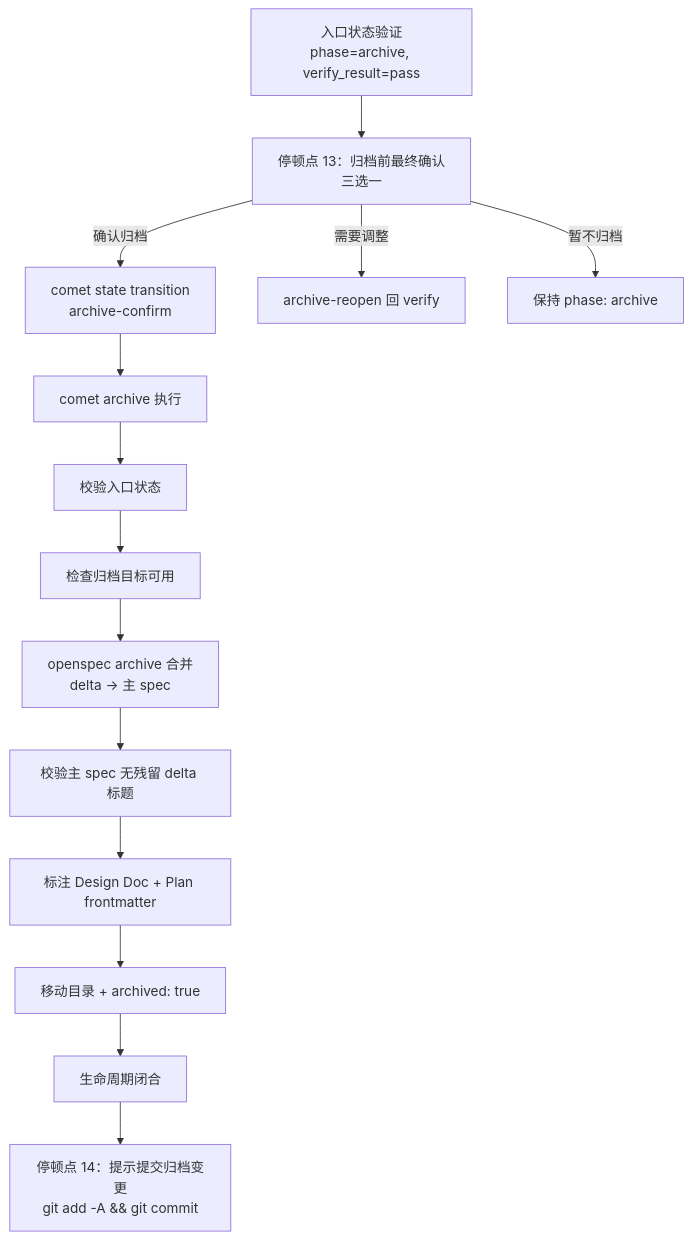
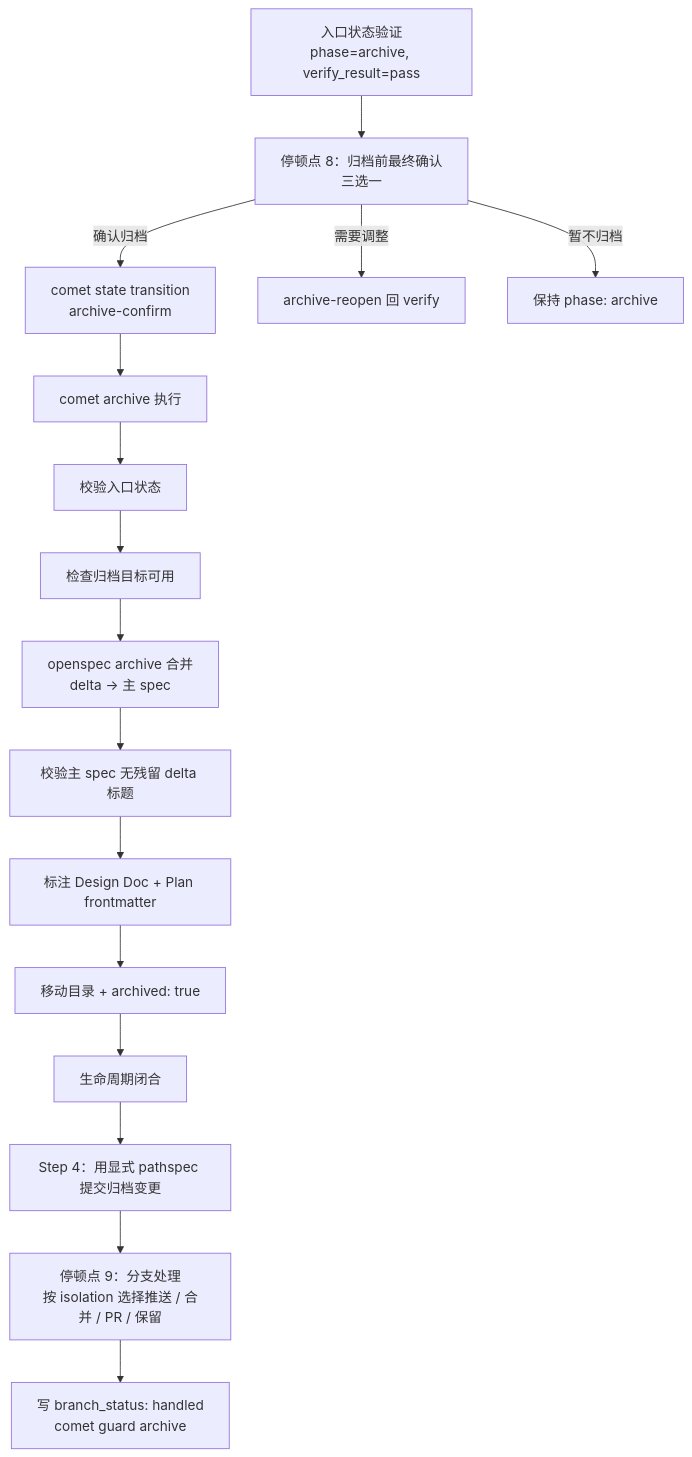
One commit to rpamis/comet-website-docs changed the diagram in zh/phases/archive.mdx. Above: the diagram before and after it, drawn with Mermaid. The commit also changed other lines of this file and 12 other files, not shown here.

````diff
--- a/zh/phases/archive.mdx
+++ b/zh/phases/archive.mdx
@@ -35,16 +35,18 @@
 ```mermaid
 flowchart TD
-    Entry["入口状态验证<br/>phase=archive, verify_result=pass"] --> Stop1["停顿点 13：归档前最终确认<br/>三选一"]
+    Entry["入口状态验证<br/>phase=archive, verify_result=pass"] --> Stop1["停顿点 8：归档前最终确认<br/>三选一"]
     Stop1 -->|确认归档| Confirm["comet state transition<br/>archive-confirm"]
     Confirm --> Run["comet archive 执行"]
     Stop1 -->|需要调整| Reopen["archive-reopen 回 verify"]
     Stop1 -->|暂不归档| Keep["保持 phase: archive"]
     Run --> S1["校验入口状态"]
     S1 --> S2["检查归档目标可用"]
     S2 --> S3["openspec archive 合并<br/>delta → 主 spec"]
     S3 --> S4["校验主 spec 无残留 delta 标题"]
     S4 --> S5["标注 Design Doc + Plan frontmatter"]
     S5 --> S6["移动目录 + archived: true"]
     S6 --> Done["生命周期闭合"]
-    Done --> Commit["停顿点 14：提示提交归档变更<br/>git add -A && git commit"]
+    Done --> Commit["Step 4：用显式 pathspec 提交归档变更"]
+    Commit --> Branch["停顿点 9：分支处理<br/>按 isolation 选择推送 / 合并 / PR / 保留"]
+    Branch --> Final["写 branch_status: handled<br/>comet guard archive"]
 ```
````
